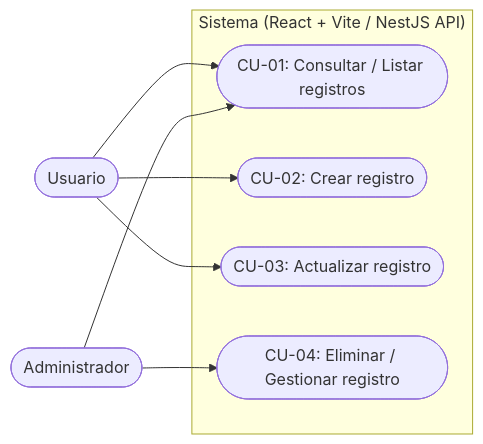
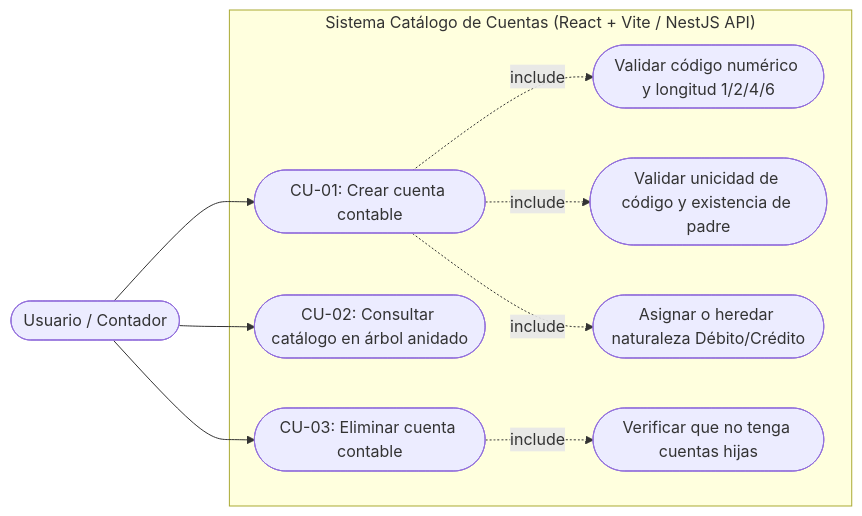
The diagram in docs/requerimientos.md (Lokcis/tech-assessment-starter-fullstack), drawn with Mermaid before and after one commit. The commit also changed other lines of this file and 3 other files, not shown here.

Commit message:
docs: definir requerimientos, modelo de datos y arquitectura del catálogo de cuentas

````diff
--- a/docs/requerimientos.md
+++ b/docs/requerimientos.md
@@ -22,18 +23,24 @@
 ```mermaid
 flowchart LR
-    Usuario(["Usuario"])
-    Admin(["Administrador"])
+    Usuario(["Usuario / Contador"])
 
-    subgraph Sistema["Sistema (React + Vite / NestJS API)"]
-        CU01(["CU-01: Consultar / Listar registros"])
-        CU02(["CU-02: Crear registro"])
-        CU03(["CU-03: Actualizar registro"])
-        CU04(["CU-04: Eliminar / Gestionar registro"])
+    subgraph Sistema["Sistema Catálogo de Cuentas (React + Vite / NestJS API)"]
+        CU01(["CU-01: Crear cuenta contable"])
+        CU02(["CU-02: Consultar catálogo en árbol anidado"])
+        CU03(["CU-03: Eliminar cuenta contable"])
+
+        V01(["Validar código numérico y longitud 1/2/4/6"])
+        V02(["Validar unicidad de código y existencia de padre"])
+        V03(["Asignar o heredar naturaleza Débito/Crédito"])
+        V04(["Verificar que no tenga cuentas hijas"])
     end
 
     Usuario --> CU01
     Usuario --> CU02
     Usuario --> CU03
-    Admin --> CU01
-    Admin --> CU04
+
+    CU01 -.->|include| V01
+    CU01 -.->|include| V02
+    CU01 -.->|include| V03
+    CU03 -.->|include| V04
 ```
````
